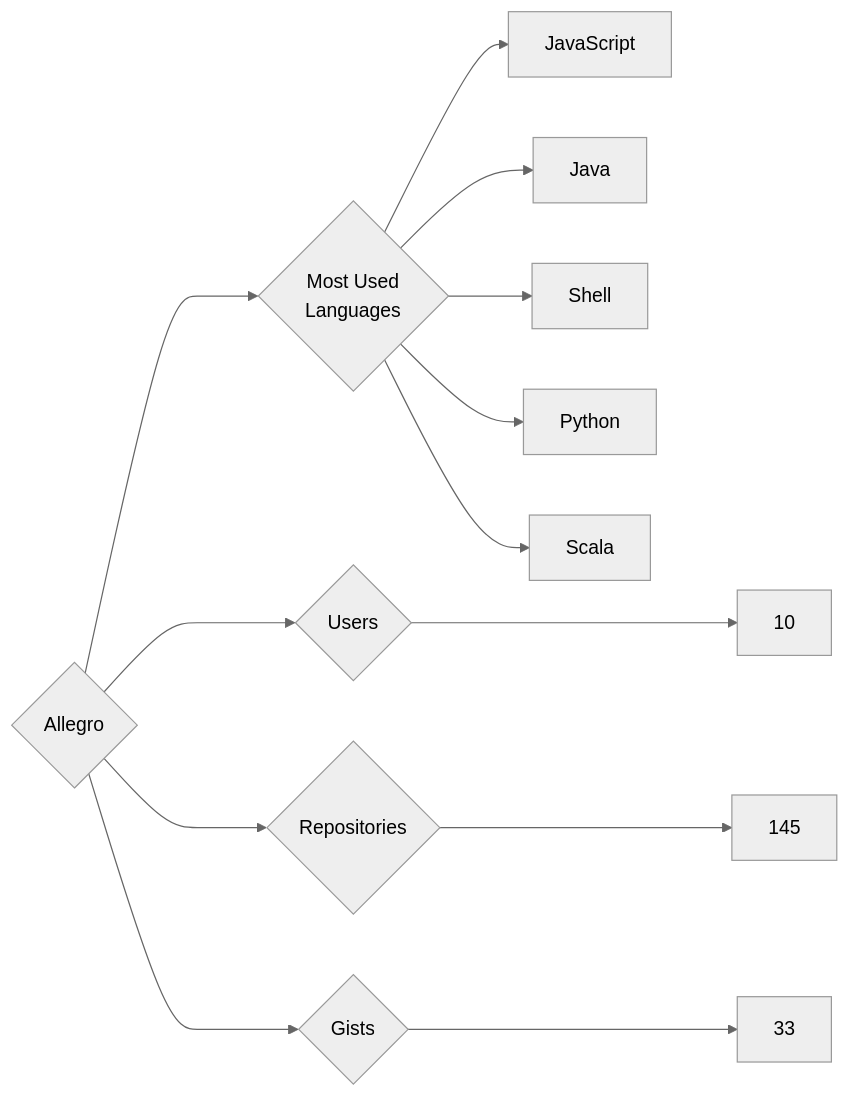
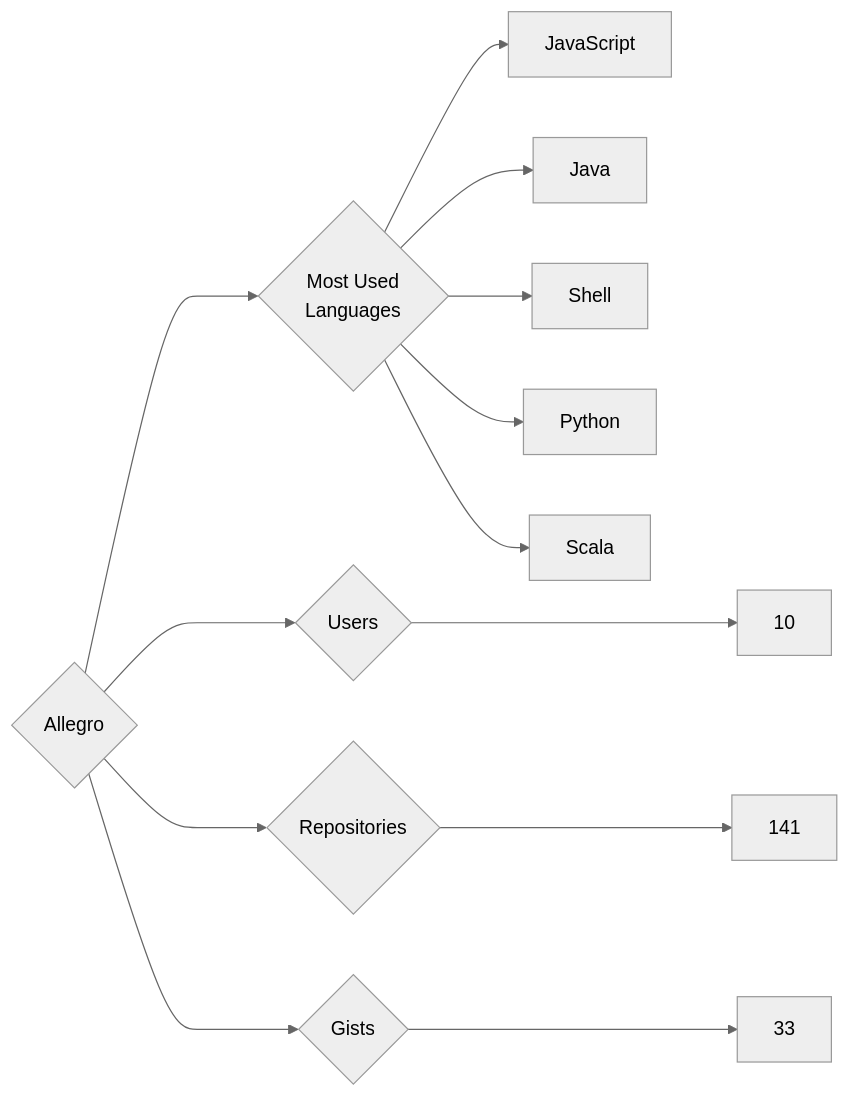
One commit to trickest/insiders changed the diagram in targets/Allegro/README.md. Above: the diagram before and after it, drawn with Mermaid (neutral theme). The commit also changed 611 other files, not shown here.

````diff
--- a/targets/Allegro/README.md
+++ b/targets/Allegro/README.md
@@ -3,13 +3,13 @@
 ```mermaid
 graph LR
 COMPANY_NAME{Allegro}
 COMPANY_NAME ---> U{Users} ---> UN[10]
-COMPANY_NAME ---> R{Repositories} ---> RN[145]
+COMPANY_NAME ---> R{Repositories} ---> RN[141]
 COMPANY_NAME ---> G{Gists} ---> GN[33]
 COMPANY_NAME ---> ML{Most Used<br>Languages}
 ML --> JavaScript[JavaScript]
 ML --> Java[Java]
 ML --> Shell[Shell]
 ML --> Python[Python]
 ML --> Scala[Scala]
 ```
````
